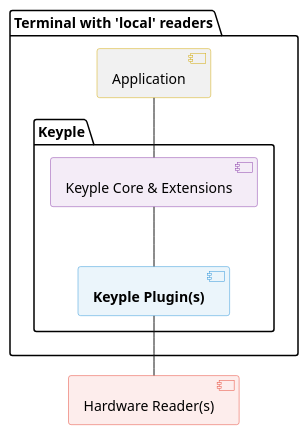
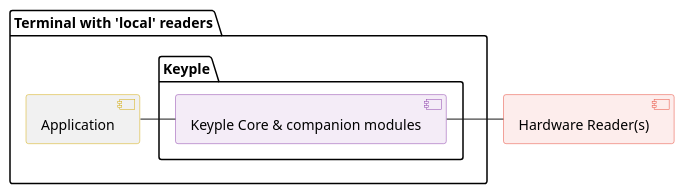
The diagram in media/local-app/component/Local_Application_Components_Overview.puml (yvonneyam/keyple-website), drawn with PlantUML before and after one commit. The commit also changed 6 other files, not shown here.

```diff
--- a/media/local-app/component/Local_Application_Components_Overview.puml
+++ b/media/local-app/component/Local_Application_Components_Overview.puml
@@ -1,50 +1,48 @@
 @startuml
 ' == THEME ==
 
 'Couleurs issues de : https://htmlcolorcodes.com/fr/tableau-de-couleur/tableau-de-couleur-design-plat/
 skinparam Shadowing false
 skinparam component {
     BorderColor #D4AC0D
     ' Red
     BackgroundColor<<red>> #FDEDEC
     BorderColor<<red>> #E74C3C
     ' Purple
     BackgroundColor<<purple>> #F4ECF7
     BorderColor<<purple>> #8E44AD
     ' blue
     BackgroundColor<<blue>> #EBF5FB
     BorderColor<<blue>> #3498DB
     ' Green
     BackgroundColor<<green>> #E9F7EF
     BorderColor<<green>> #27AE60
     ' Grey
     BackgroundColor<<grey>> #EAECEE
     BorderColor<<grey>> #2C3E50
 }
 hide <<red>> stereotype
 hide <<purple>> stereotype
 hide <<blue>> stereotype
 hide <<green>> stereotype
 hide <<grey>> stereotype
 
 ' == CONTENT ==
 
 [Hardware Reader(s)] as reader <<red>>
 ' [Smart card] as smartcard <<green>>
 
 package "Terminal with 'local' readers" {
     [Application] as appA
     package "Keyple" as localKeyple {
-        [**Keyple Plugin(s)**] as localLib <<blue>>
-        [Keyple Core & Extensions] as localKeypleLibs <<purple>>
+        [Keyple Core & companion modules] as localKeypleLibs <<purple>>
     }
 }
 
 
 
-appA -- localKeypleLibs
-localKeypleLibs -- localLib
-localLib -- reader
+appA - localKeypleLibs
+localKeypleLibs - reader
 
 
 @enduml
```
